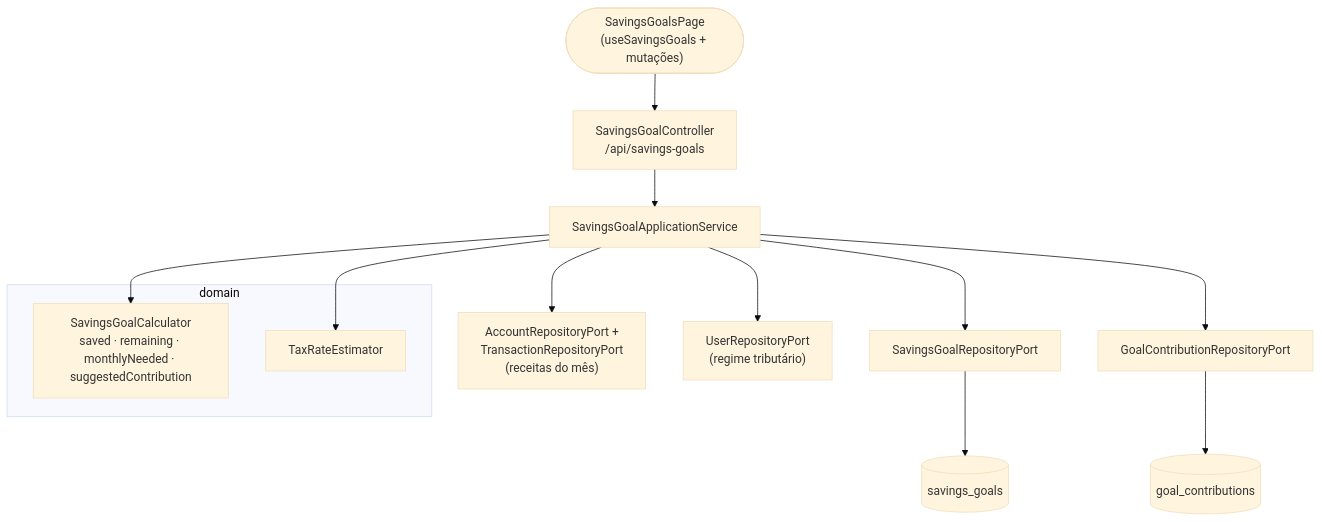
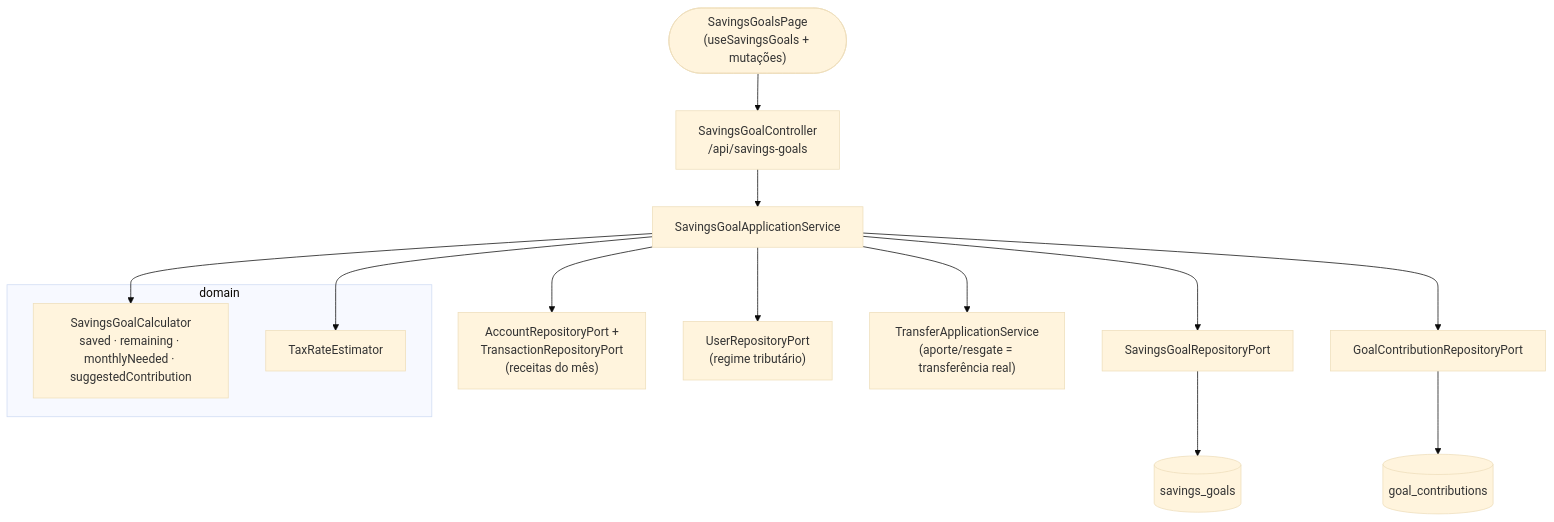
The first of 3 diagrams in docs/tecnica/fluxo-metas.md (leozztto/LmfFinPro), drawn with Mermaid (base theme) before and after one commit. The commit also changed other lines of this file and 44 other files, not shown here.

````diff
--- a/docs/tecnica/fluxo-metas.md
+++ b/docs/tecnica/fluxo-metas.md
@@ -29,17 +30,18 @@
 ```mermaid
 flowchart TD
     Page(["SavingsGoalsPage\n(useSavingsGoals + mutações)"]) --> Ctrl["SavingsGoalController\n/api/savings-goals"]
     Ctrl --> Svc["SavingsGoalApplicationService"]
 
     subgraph domain
         Calc["SavingsGoalCalculator\nsaved · remaining · monthlyNeeded · suggestedContribution"]
         Tax["TaxRateEstimator"]
     end
 
     Svc --> Calc
     Svc --> Tax
     Svc --> GoalPort["SavingsGoalRepositoryPort"] --> T1[("savings_goals")]
     Svc --> ContribPort["GoalContributionRepositoryPort"] --> T2[("goal_contributions")]
     Svc --> TxPort["AccountRepositoryPort +\nTransactionRepositoryPort\n(receitas do mês)"]
     Svc --> UserPort["UserRepositoryPort\n(regime tributário)"]
+    Svc --> Transfer["TransferApplicationService\n(aporte/resgate = transferência real)"]
 ```
````
